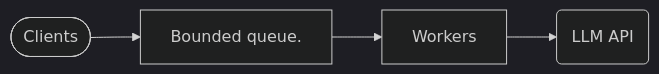
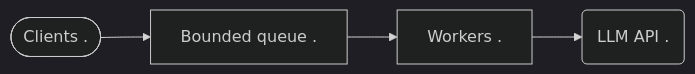
One commit to g4s8/gdf-am-2025 changed the fourth of 5 diagrams in site/content/_index.md. Above: the diagram before and after it, drawn with Mermaid (dark theme). The commit also changed other lines of this file, not shown here.

```diff
--- a/site/content/_index.md
+++ b/site/content/_index.md
@@ -356,11 +356,11 @@
 {{< mermaid >}}
 graph LR
-    A(["Clients "])
-    F("LLM API ")
+    A(["Clients  ."])
+    F("LLM API  .")
 
-    A --> B["Bounded queue. "]
+    A --> B["Bounded queue  ."]
 
-    B --> C["Workers "]
+    B --> C["Workers  ."]
 
     C --> F
 {{< /mermaid >}}
```
